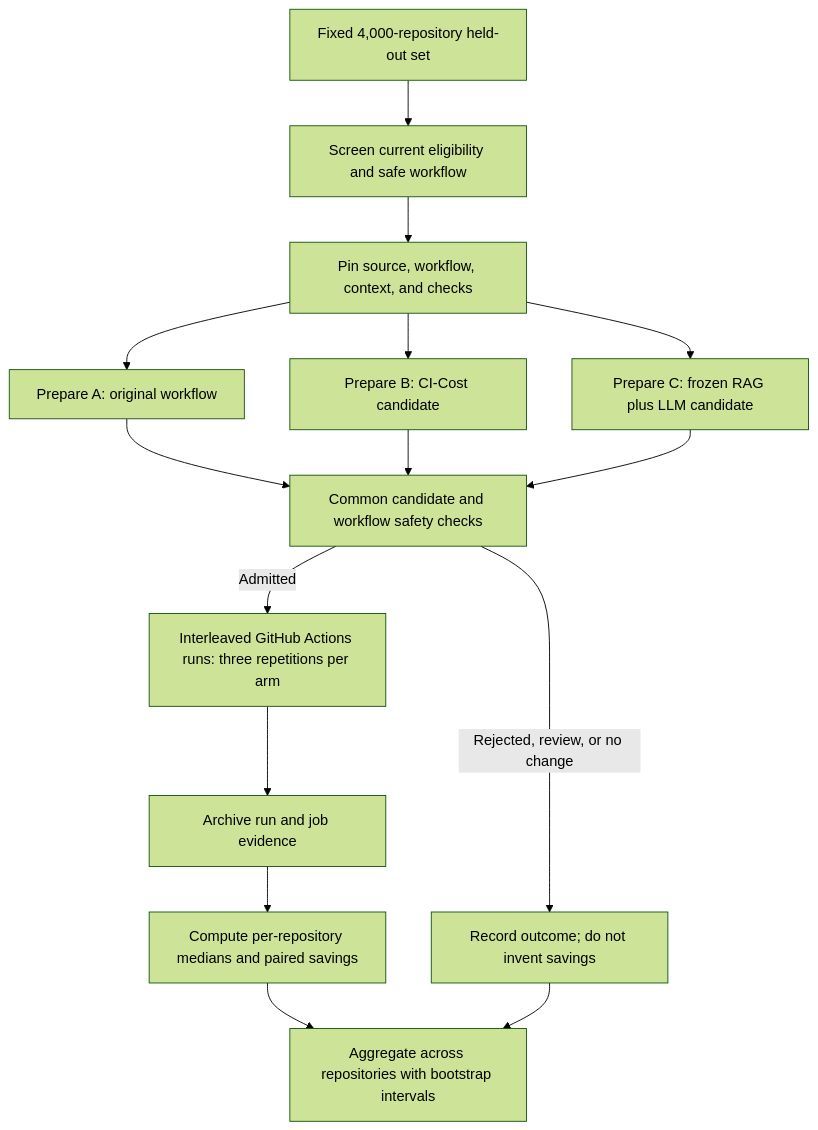
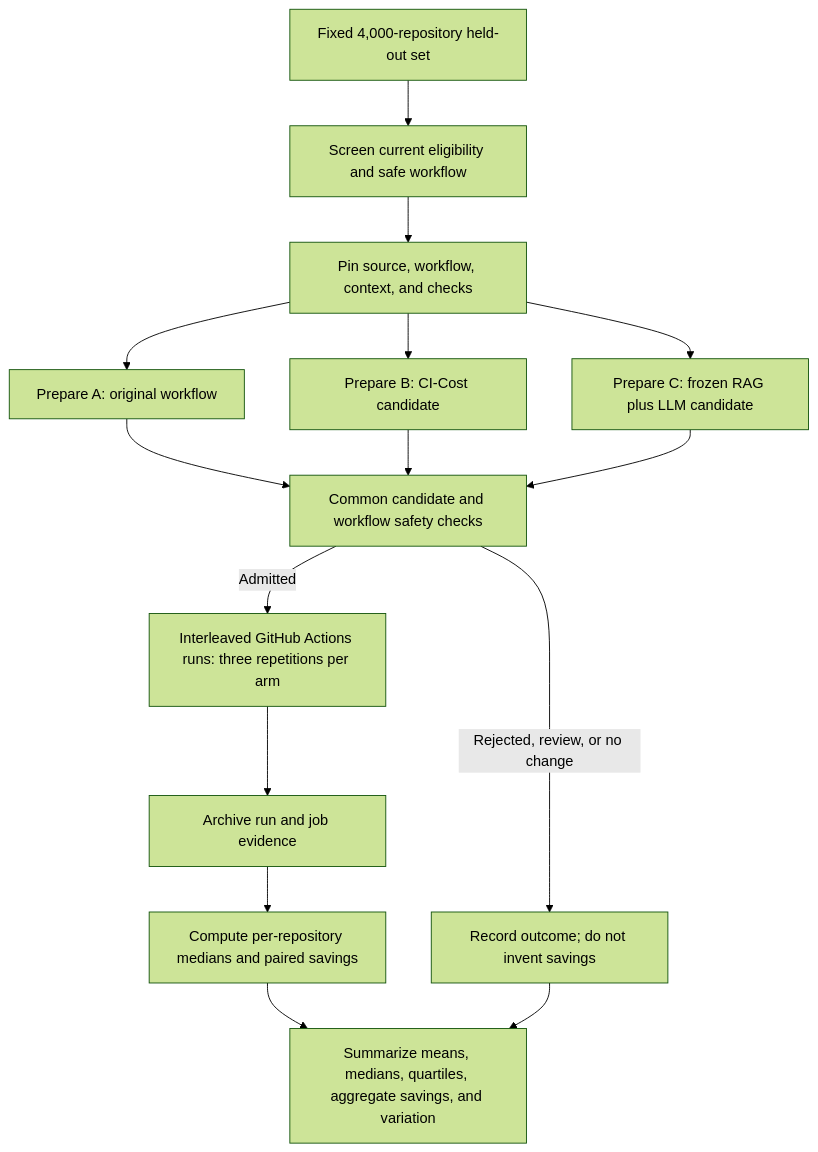
Before and after one commit to Rami2212/CloudTune-RAG-LLM-CI-Optimization: the diagram in research-paper/methodology/evaluation-methodology.md, drawn with Mermaid (forest theme). The commit also changed other lines of this file and 16 other files, not shown here.

````diff
--- a/research-paper/methodology/evaluation-methodology.md
+++ b/research-paper/methodology/evaluation-methodology.md
@@ -59,17 +55,17 @@
 ```mermaid
 flowchart TD
     A[Fixed 4,000-repository held-out set] --> B[Screen current eligibility and safe workflow]
     B --> C[Pin source, workflow, context, and checks]
     C --> D[Prepare A: original workflow]
     C --> E[Prepare B: CI-Cost candidate]
     C --> F[Prepare C: frozen RAG plus LLM candidate]
     D --> G[Common candidate and workflow safety checks]
     E --> G
     F --> G
     G -->|Admitted| H[Interleaved GitHub Actions runs: three repetitions per arm]
     G -->|Rejected, review, or no change| I[Record outcome; do not invent savings]
     H --> J[Archive run and job evidence]
     J --> K[Compute per-repository medians and paired savings]
-    K --> L[Aggregate across repositories with bootstrap intervals]
+    K --> L[Summarize means, medians, quartiles, aggregate savings, and variation]
     I --> L
 ```
````
